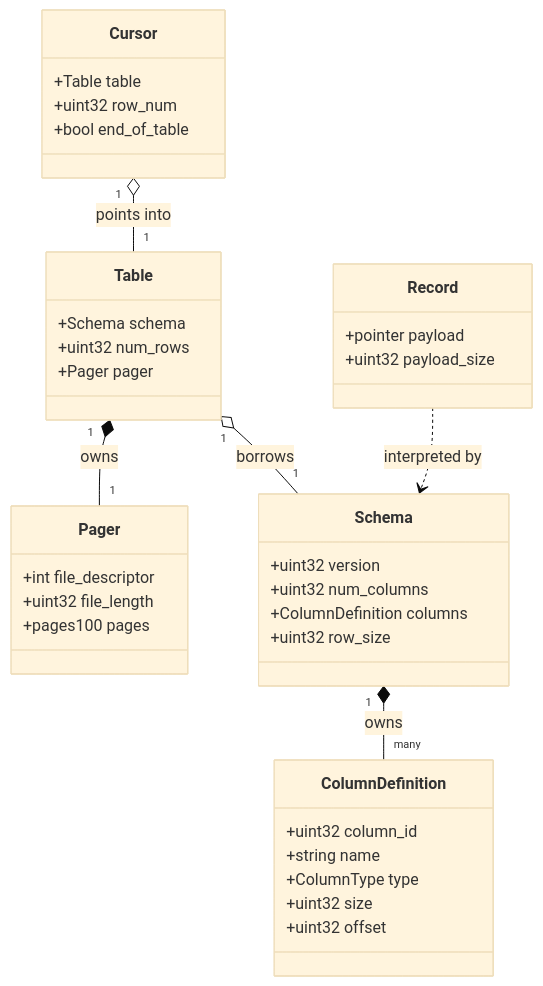
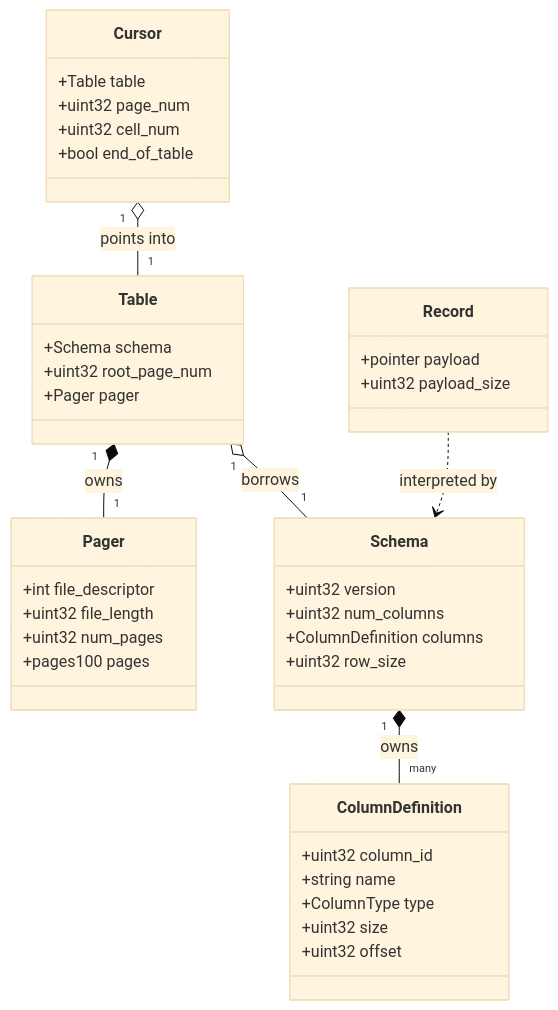
Before and after one commit to Rohitangshu2026/mini-sql: the fourth of 16 diagrams in README.md, drawn with Mermaid (base theme). The commit also changed other lines of this file, not shown here.

````diff
--- a/README.md
+++ b/README.md
@@ -255,41 +292,43 @@
 ```mermaid
 classDiagram
     class Schema {
         +uint32 version
         +uint32 num_columns
         +ColumnDefinition columns
         +uint32 row_size
     }
     class ColumnDefinition {
         +uint32 column_id
         +string name
         +ColumnType type
         +uint32 size
         +uint32 offset
     }
     class Pager {
         +int file_descriptor
         +uint32 file_length
+        +uint32 num_pages
         +pages100 pages
     }
     class Table {
         +Schema schema
-        +uint32 num_rows
+        +uint32 root_page_num
         +Pager pager
     }
     class Cursor {
         +Table table
-        +uint32 row_num
+        +uint32 page_num
+        +uint32 cell_num
         +bool end_of_table
     }
     class Record {
         +pointer payload
         +uint32 payload_size
     }
 
     Schema "1" *-- "many" ColumnDefinition : owns
     Table "1" *-- "1" Pager : owns
     Table "1" o-- "1" Schema : borrows
     Cursor "1" o-- "1" Table : points into
     Record ..> Schema : interpreted by
 ```
````
